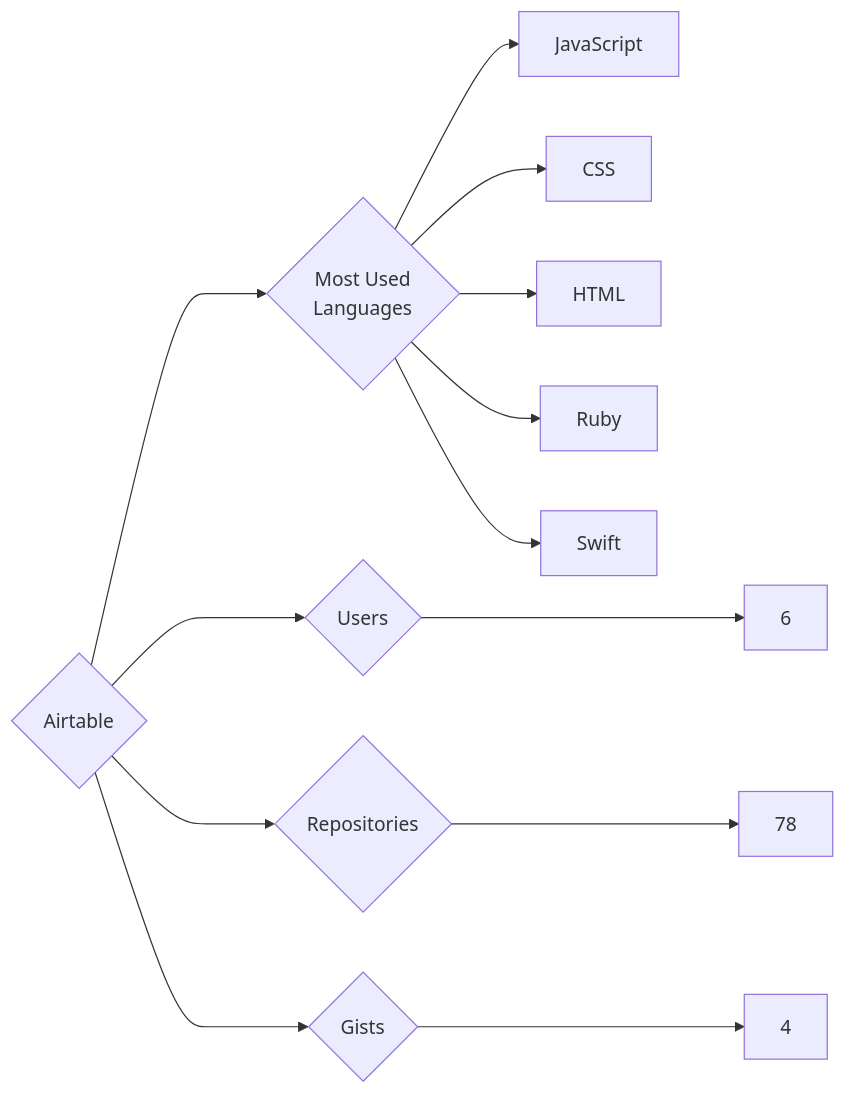
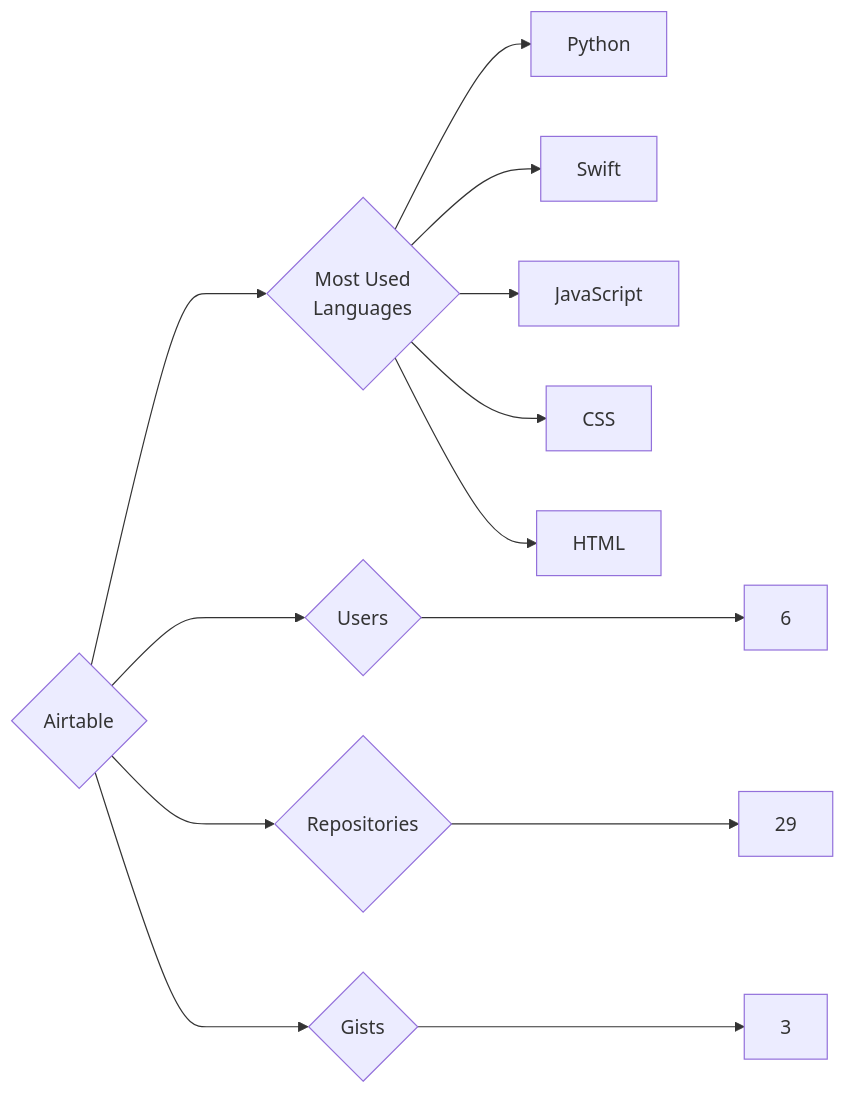
The diagram in targets/Airtable/README.md (trickest/insiders), drawn with Mermaid before and after one commit. The commit also changed 1007 other files, not shown here.

````diff
--- a/targets/Airtable/README.md
+++ b/targets/Airtable/README.md
@@ -3,13 +3,13 @@
 ```mermaid
 graph LR
 COMPANY_NAME{Airtable}
 COMPANY_NAME ---> U{Users} ---> UN[6]
-COMPANY_NAME ---> R{Repositories} ---> RN[78]
-COMPANY_NAME ---> G{Gists} ---> GN[4]
+COMPANY_NAME ---> R{Repositories} ---> RN[29]
+COMPANY_NAME ---> G{Gists} ---> GN[3]
 COMPANY_NAME ---> ML{Most Used<br>Languages}
+ML --> Python[Python]
+ML --> Swift[Swift]
 ML --> JavaScript[JavaScript]
 ML --> CSS[CSS]
 ML --> HTML[HTML]
-ML --> Ruby[Ruby]
-ML --> Swift[Swift]
 ```
````
